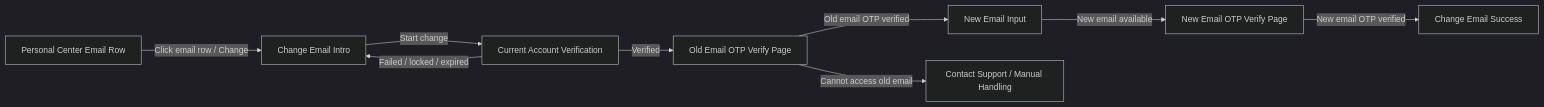
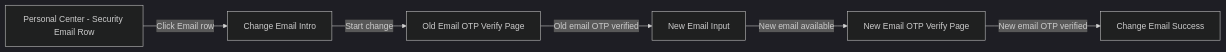
Before and after one commit to kelvin381539960-cyber/prd-for-ai: the second of 2 diagrams in requirements/2026-05/account/change-email.md, drawn with Mermaid (dark theme). The commit also changed other lines of this file and 1 other file, not shown here.

Commit message:
docs: simplify change email PRD and add prototype

````diff
--- a/requirements/2026-05/account/change-email.md
+++ b/requirements/2026-05/account/change-email.md
@@ -233,20 +201,15 @@
 ```mermaid
 flowchart LR
-  A[Personal Center Email Row]
+  A[Personal Center - Security Email Row]
   B[Change Email Intro]
-  C[Current Account Verification]
-  D[Old Email OTP Verify Page]
-  E[New Email Input]
-  F[New Email OTP Verify Page]
-  G[Change Email Success]
-  H[Contact Support / Manual Handling]
+  C[Old Email OTP Verify Page]
+  D[New Email Input]
+  E[New Email OTP Verify Page]
+  F[Change Email Success]
 
-  A -->|Click email row / Change| B
+  A -->|Click Email row| B
   B -->|Start change| C
-  C -->|Verified| D
-  C -->|Failed / locked / expired| B
-  D -->|Old email OTP verified| E
-  D -->|Cannot access old email| H
-  E -->|New email available| F
-  F -->|New email OTP verified| G
+  C -->|Old email OTP verified| D
+  D -->|New email available| E
+  E -->|New email OTP verified| F
 ```
````
